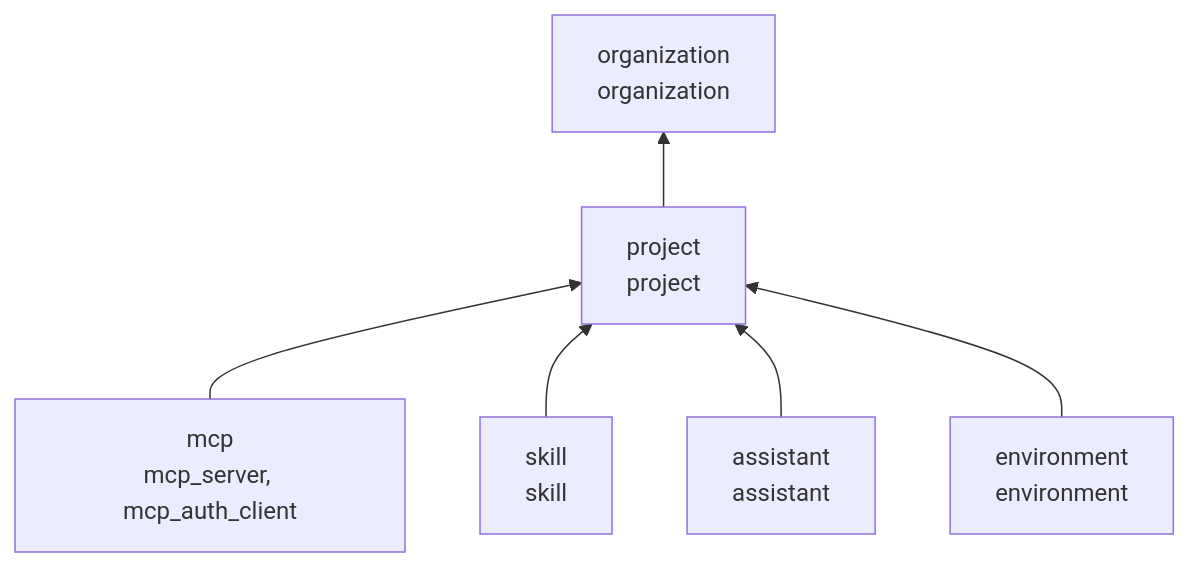
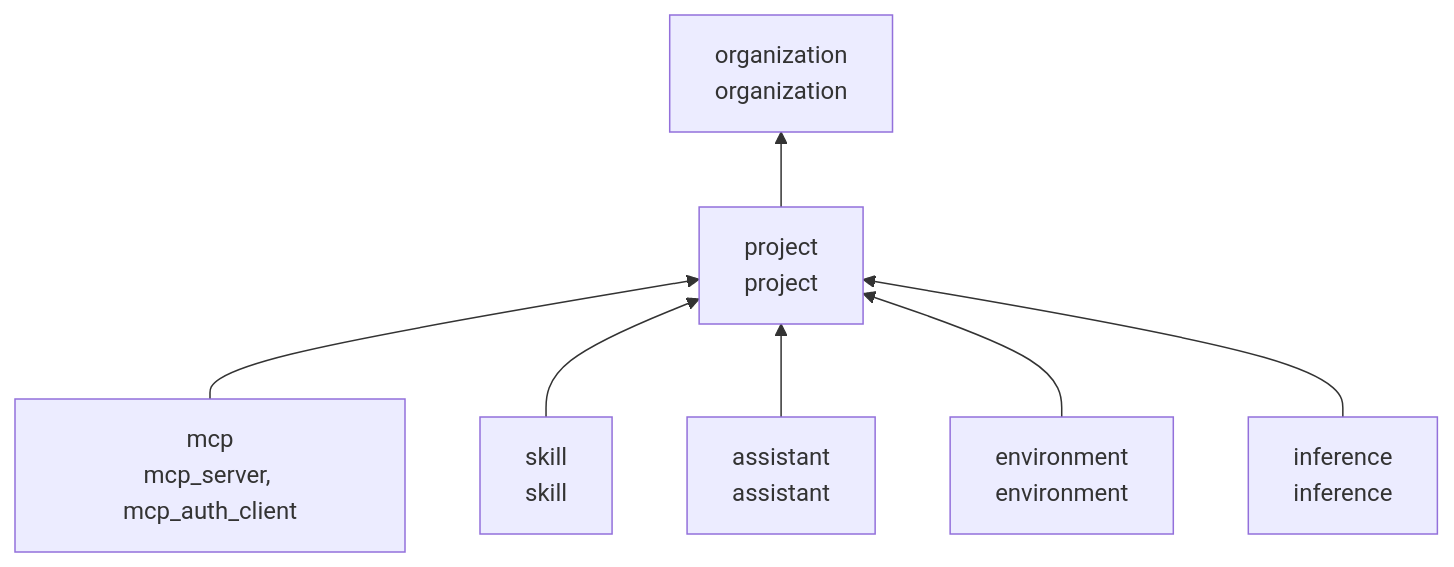
Before and after one commit to speakeasy-api/gram: the first of 3 diagrams in docs/rbac-cutover-routing.md, drawn with Mermaid.

Commit message:
Show the inference unit in the routing guide
Claude-Session: https://claude.ai/code/session_016FbQxfp6YDHeGyovvonEJL

````diff
--- a/docs/rbac-cutover-routing.md
+++ b/docs/rbac-cutover-routing.md
@@ -9,8 +9,9 @@
 ```mermaid
 flowchart BT
     mcp["mcp<br/>mcp_server, mcp_auth_client"] --> project["project<br/>project"]
     skill["skill<br/>skill"] --> project
     assistant["assistant<br/>assistant"] --> project
     environment["environment<br/>environment"] --> project
+    inference["inference<br/>inference"] --> project
     project --> organization["organization<br/>organization"]
 ```
````
